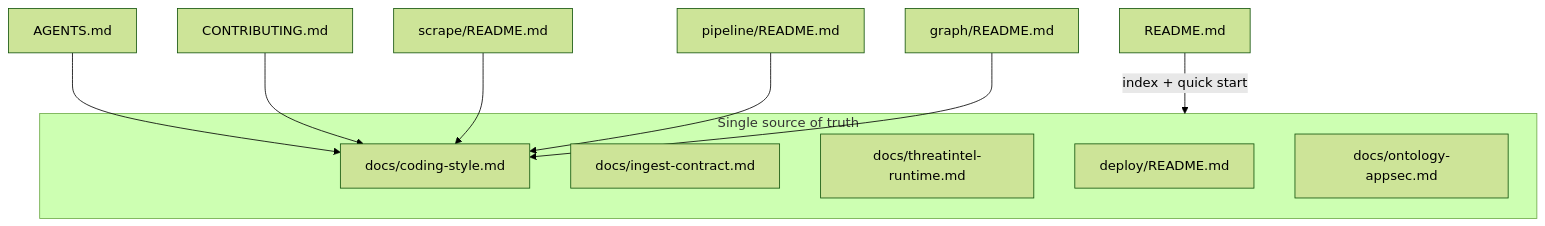
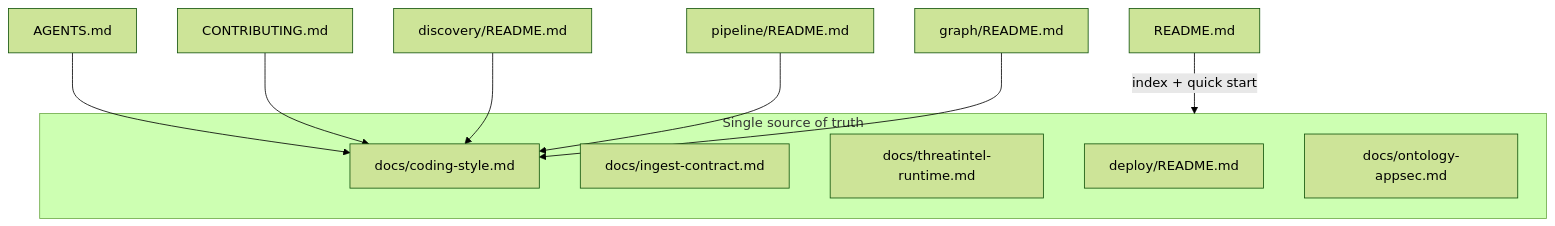
One commit to butbeautifulv/threat_intelligence changed the diagram in .cursor/plans/archive/docs_dedup_cleanup_587e9a01.plan.md. Above: the diagram before and after it, drawn with Mermaid (forest theme). The commit also changed other lines of this file and 210 other files, not shown here.

Commit message:
refactor(platform): P8h rename scrape/ to discovery/

````diff
--- a/.cursor/plans/archive/docs_dedup_cleanup_587e9a01.plan.md
+++ b/.cursor/plans/archive/docs_dedup_cleanup_587e9a01.plan.md
@@ -42,16 +42,16 @@
 ```mermaid
 flowchart TB
   subgraph canonical [Single source of truth]
     CS[docs/coding-style.md]
     IC[docs/ingest-contract.md]
     RT[docs/threatintel-runtime.md]
     DEP[deploy/README.md]
     ONT[docs/ontology-appsec.md]
   end
   README[README.md] -->|index + quick start| canonical
   AGENTS[AGENTS.md] --> CS
   CONTRIB[CONTRIBUTING.md] --> CS
-  scrapeR[scrape/README.md] --> CS
+  scrapeR[discovery/README.md] --> CS
   pipelineR[pipeline/README.md] --> CS
   graphR[graph/README.md] --> CS
 ```
````
